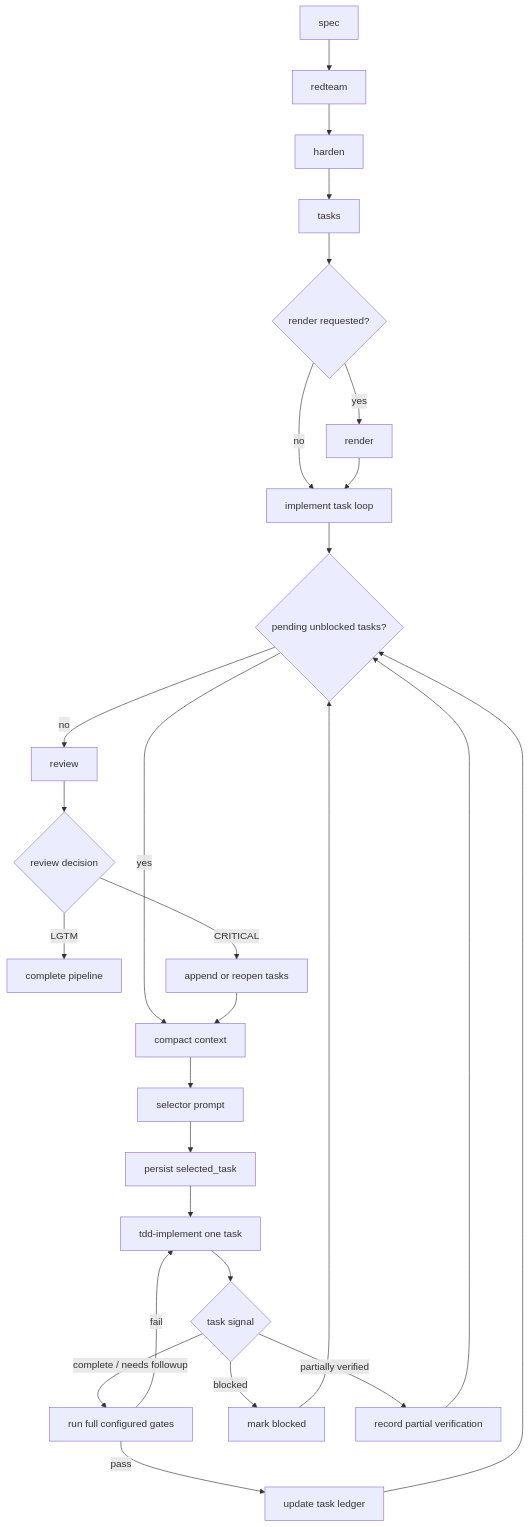
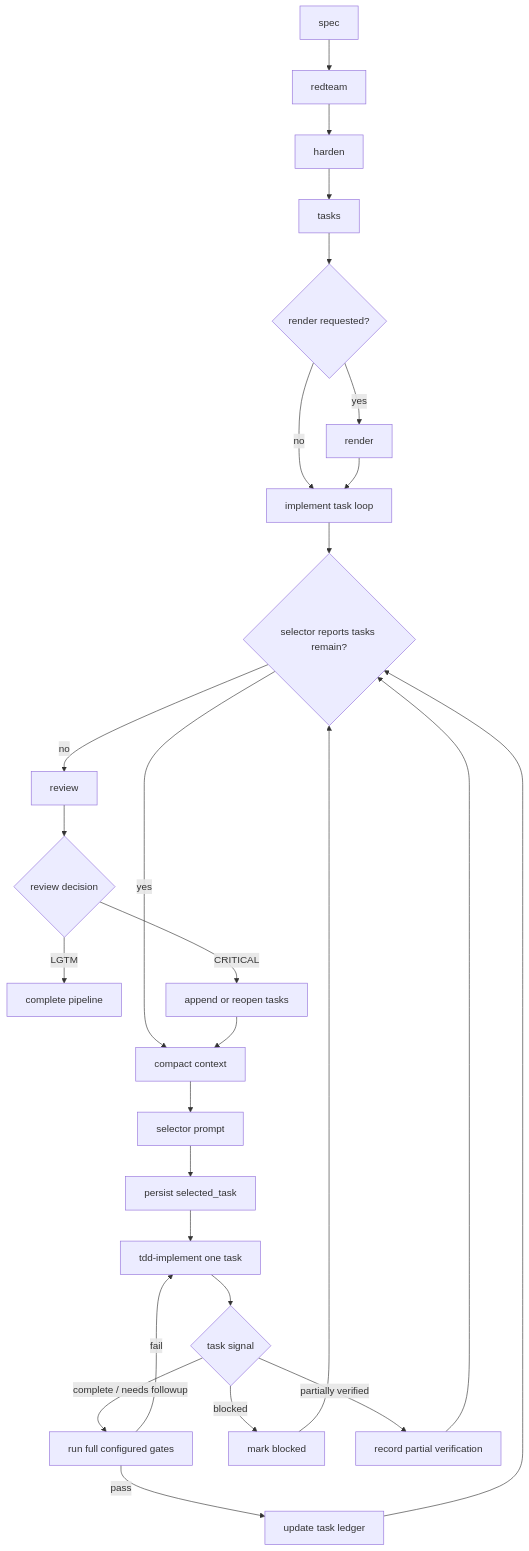
Before and after one commit to pydn/ralph-works: the first of 2 diagrams in docs/specs/iterative-ralph-task-loop.md, drawn with Mermaid. The commit also changed other lines of this file and 8 other files, not shown here.

````diff
--- a/docs/specs/iterative-ralph-task-loop.md
+++ b/docs/specs/iterative-ralph-task-loop.md
@@ -93,29 +93,29 @@
 ```mermaid
 flowchart TD
     A[spec] --> B[redteam]
     B --> C[harden]
     C --> D[tasks]
     D --> E{render requested?}
     E -- yes --> F[render]
     E -- no --> G[implement task loop]
     F --> G
-    G --> H{pending unblocked tasks?}
+    G --> H{selector reports tasks remain?}
     H -- yes --> I[compact context]
     I --> J[selector prompt]
     J --> K[persist selected_task]
     K --> L[tdd-implement one task]
     L --> M{task signal}
     M -- complete / needs followup --> N[run full configured gates]
     N -- pass --> O[update task ledger]
     N -- fail --> L
     M -- blocked --> P[mark blocked]
     M -- partially verified --> Q[record partial verification]
     O --> H
     P --> H
     Q --> H
     H -- no --> R[review]
     R --> S{review decision}
     S -- LGTM --> T[complete pipeline]
     S -- CRITICAL --> U[append or reopen tasks]
     U --> I
 ```
````
